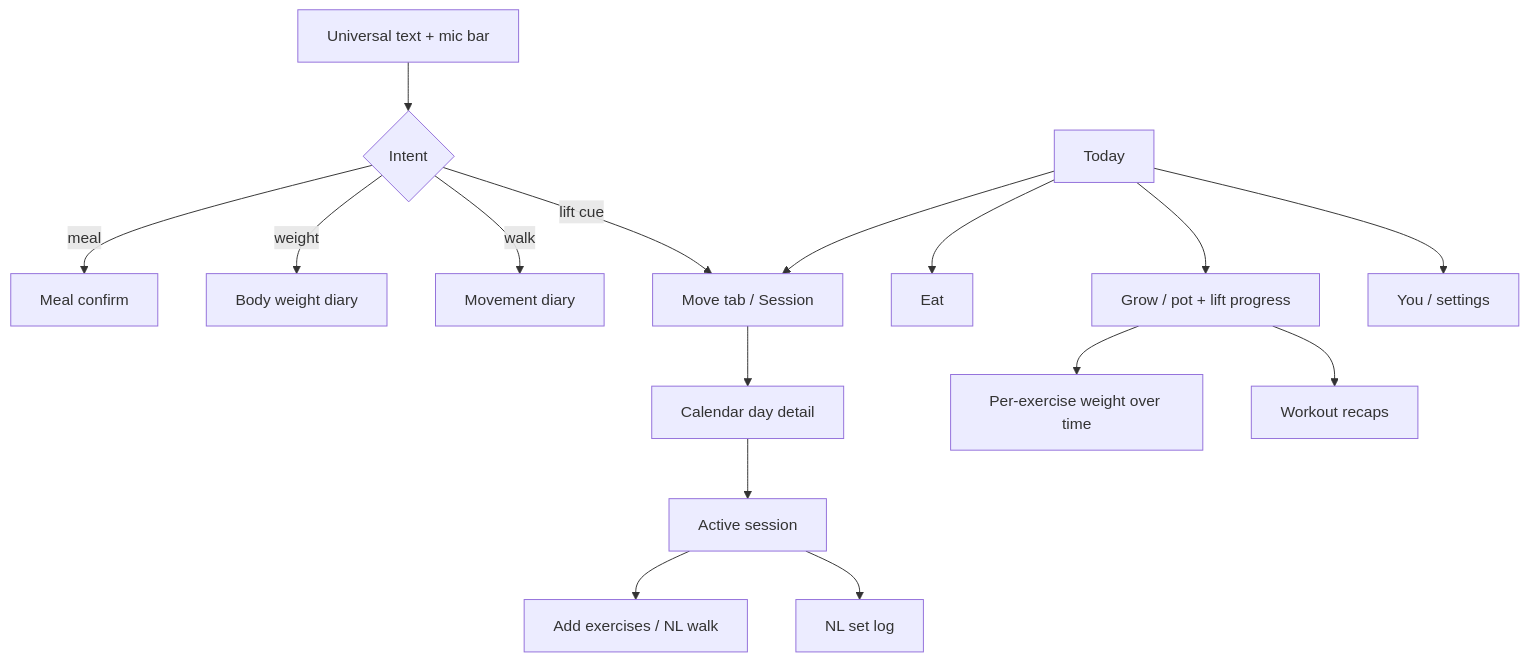
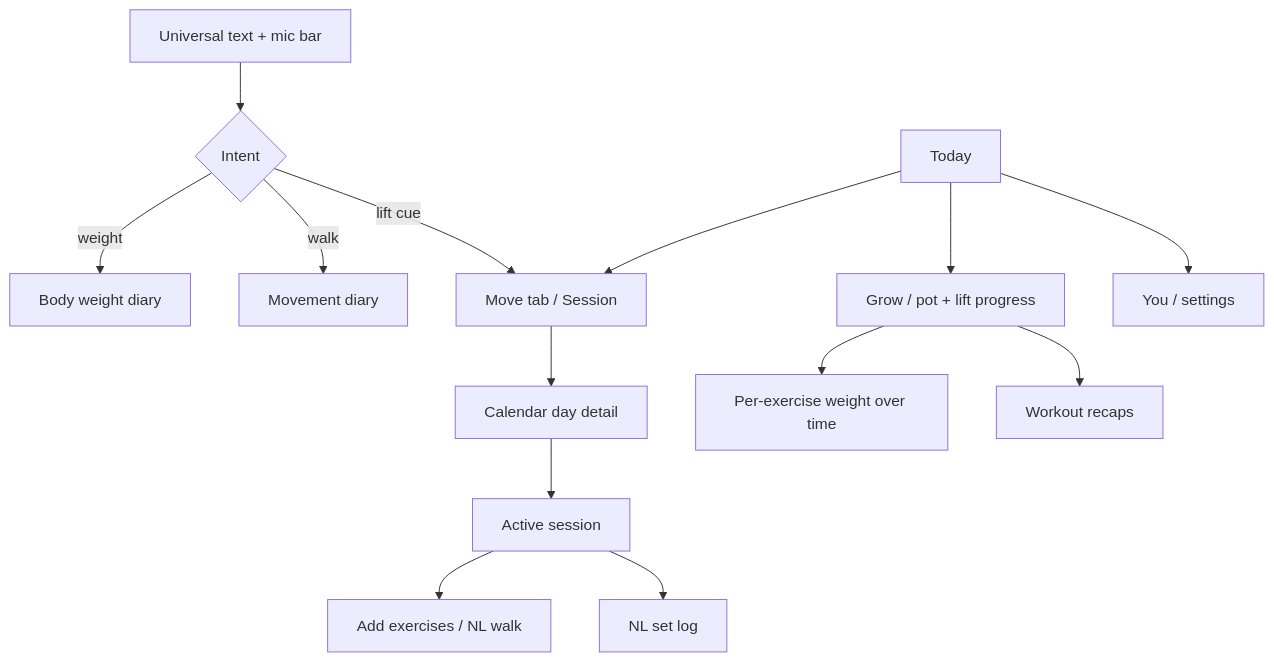
Before and after one commit to Dhruva966/weighttrackerdv: the diagram in README.md, drawn with Mermaid. The commit also changed other lines of this file and 30 other files, not shown here.

````diff
--- a/README.md
+++ b/README.md
@@ -8,18 +8,16 @@
 ```mermaid
 flowchart TD
   Bar[Universal text + mic bar] --> Intent{Intent}
-  Intent -->|meal| Confirm[Meal confirm]
   Intent -->|weight| BW[Body weight diary]
   Intent -->|walk| MoveLog[Movement diary]
   Intent -->|lift cue| Move[Move tab / Session]
-  Today[Today] --> Eat[Eat]
   Today --> Move
   Today --> Grow[Grow / pot + lift progress]
   Today --> You[You / settings]
   Move --> Day[Calendar day detail]
   Day --> Session[Active session]
   Session --> Pick[Add exercises / NL walk]
   Session --> Sets[NL set log]
   Grow --> Charts[Per-exercise weight over time]
   Grow --> Recap[Workout recaps]
 ```
````
